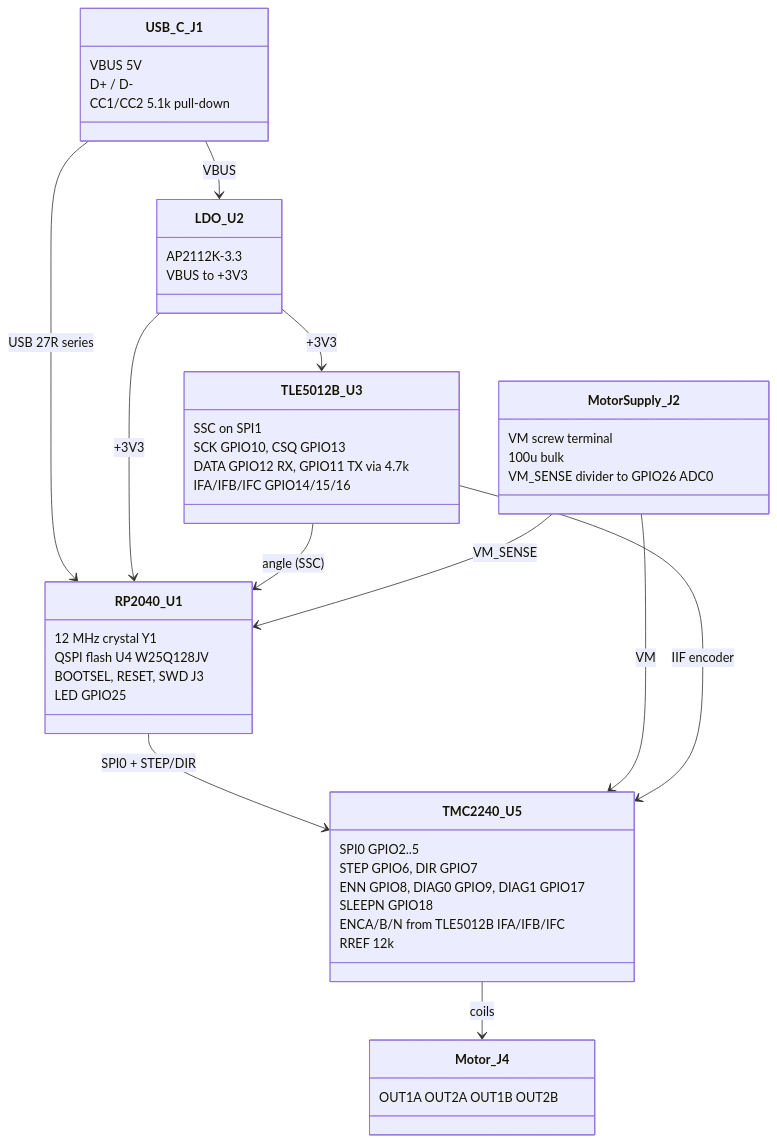
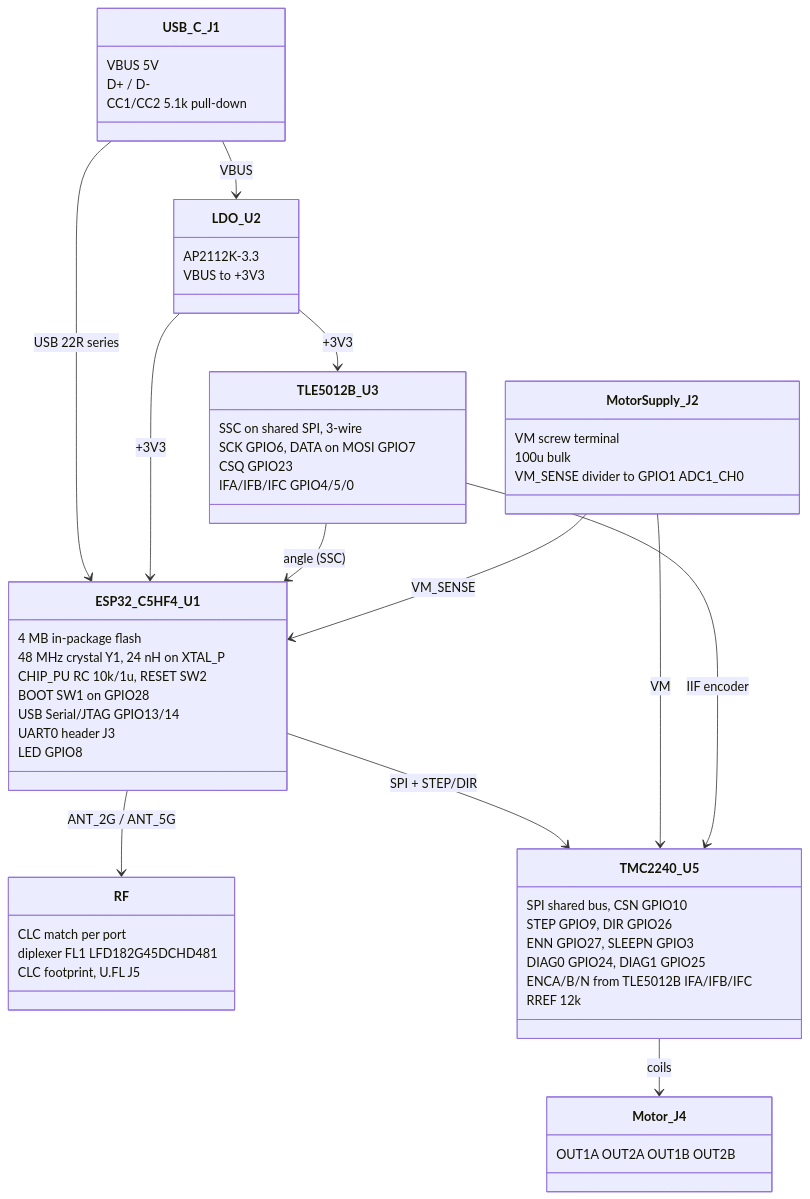
Before and after one commit to tmpk13/pico-step: the first of 2 diagrams in ARCHITECTURE.md, drawn with Mermaid. The commit also changed other lines of this file and 12 other files, not shown here.

````diff
--- a/ARCHITECTURE.md
+++ b/ARCHITECTURE.md
@@ -3,50 +3,59 @@
 ```mermaid
 classDiagram
     class USB_C_J1 {
         VBUS 5V
         D+ / D-
         CC1/CC2 5.1k pull-down
     }
     class LDO_U2 {
         AP2112K-3.3
         VBUS to +3V3
     }
-    class RP2040_U1 {
-        12 MHz crystal Y1
-        QSPI flash U4 W25Q128JV
-        BOOTSEL, RESET, SWD J3
-        LED GPIO25
+    class ESP32_C5HF4_U1 {
+        4 MB in-package flash
+        48 MHz crystal Y1, 24 nH on XTAL_P
+        CHIP_PU RC 10k/1u, RESET SW2
+        BOOT SW1 on GPIO28
+        USB Serial/JTAG GPIO13/14
+        UART0 header J3
+        LED GPIO8
+    }
+    class RF {
+        CLC match per port
+        diplexer FL1 LFD182G45DCHD481
+        CLC footprint, U.FL J5
     }
     class TMC2240_U5 {
-        SPI0 GPIO2..5
-        STEP GPIO6, DIR GPIO7
-        ENN GPIO8, DIAG0 GPIO9, DIAG1 GPIO17
-        SLEEPN GPIO18
+        SPI shared bus, CSN GPIO10
+        STEP GPIO9, DIR GPIO26
+        ENN GPIO27, SLEEPN GPIO3
+        DIAG0 GPIO24, DIAG1 GPIO25
         ENCA/B/N from TLE5012B IFA/IFB/IFC
         RREF 12k
     }
     class Motor_J4 {
         OUT1A OUT2A OUT1B OUT2B
     }
     class TLE5012B_U3 {
-        SSC on SPI1
-        SCK GPIO10, CSQ GPIO13
-        DATA GPIO12 RX, GPIO11 TX via 4.7k
-        IFA/IFB/IFC GPIO14/15/16
+        SSC on shared SPI, 3-wire
+        SCK GPIO6, DATA on MOSI GPIO7
+        CSQ GPIO23
+        IFA/IFB/IFC GPIO4/5/0
     }
     class MotorSupply_J2 {
         VM screw terminal
         100u bulk
-        VM_SENSE divider to GPIO26 ADC0
+        VM_SENSE divider to GPIO1 ADC1_CH0
     }
     USB_C_J1 --> LDO_U2 : VBUS
-    USB_C_J1 --> RP2040_U1 : USB 27R series
-    LDO_U2 --> RP2040_U1 : +3V3
+    USB_C_J1 --> ESP32_C5HF4_U1 : USB 22R series
+    LDO_U2 --> ESP32_C5HF4_U1 : +3V3
     LDO_U2 --> TLE5012B_U3 : +3V3
-    RP2040_U1 --> TMC2240_U5 : SPI0 + STEP/DIR
-    TLE5012B_U3 --> RP2040_U1 : angle (SSC)
+    ESP32_C5HF4_U1 --> RF : ANT_2G / ANT_5G
+    ESP32_C5HF4_U1 --> TMC2240_U5 : SPI + STEP/DIR
+    TLE5012B_U3 --> ESP32_C5HF4_U1 : angle (SSC)
     MotorSupply_J2 --> TMC2240_U5 : VM
     TLE5012B_U3 --> TMC2240_U5 : IIF encoder
     TMC2240_U5 --> Motor_J4 : coils
-    MotorSupply_J2 --> RP2040_U1 : VM_SENSE
+    MotorSupply_J2 --> ESP32_C5HF4_U1 : VM_SENSE
 ```
````
